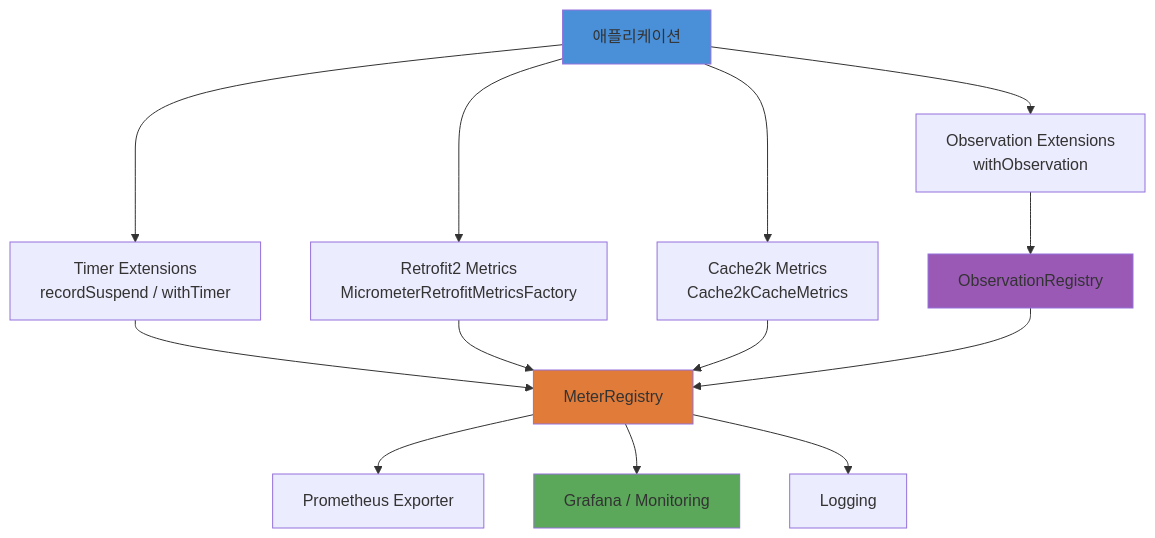
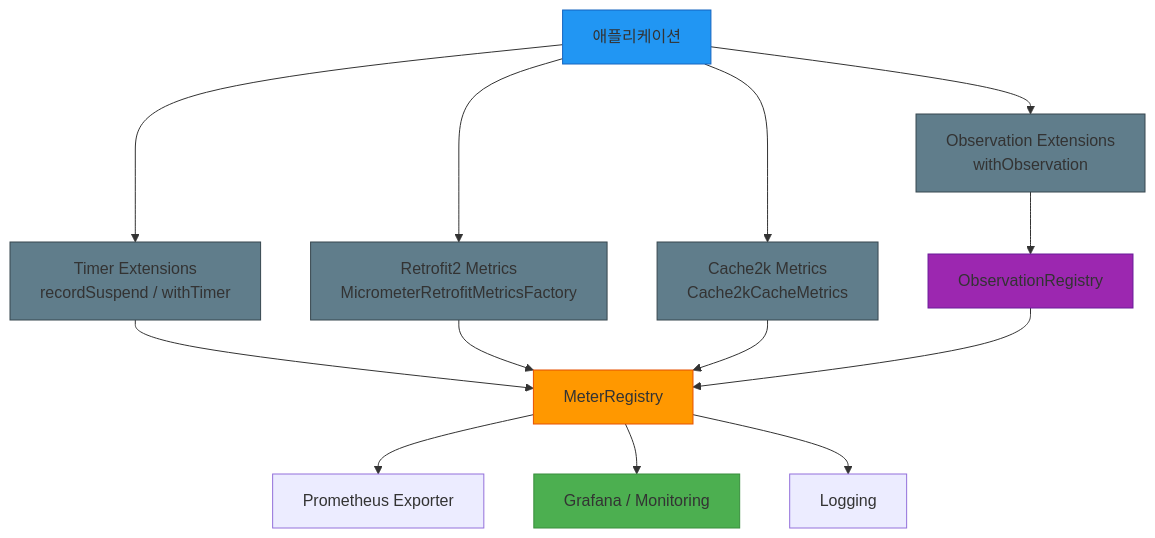
Before and after one commit to bluetape4k/bluetape4k-projects: the second of 4 diagrams in infra/micrometer/README.md, drawn with Mermaid. The commit also changed other lines of this file and 28 other files, not shown here.

First line of the commit message:
docs: 전체 모듈 README 색상 Mermaid UML 다이어그램 추가 완료

````diff
--- a/infra/micrometer/README.md
+++ b/infra/micrometer/README.md
@@ -234,23 +291,27 @@
 ```mermaid
 flowchart TD
     App[애플리케이션] --> TE[Timer Extensions<br/>recordSuspend / withTimer]
     App --> OE[Observation Extensions<br/>withObservation]
     App --> RM[Retrofit2 Metrics<br/>MicrometerRetrofitMetricsFactory]
     App --> CM[Cache2k Metrics<br/>Cache2kCacheMetrics]
 
     TE --> MR[MeterRegistry]
     OE --> OR[ObservationRegistry]
     RM --> MR
     CM --> MR
 
     OR --> MR
 
     MR --> Prometheus[Prometheus Exporter]
     MR --> Grafana[Grafana / Monitoring]
     MR --> Log[Logging]
 
-    style App fill:#4a90d9
-    style MR fill:#e07b39
-    style OR fill:#9b59b6
-    style Grafana fill:#5ba85a
+    style App fill:#2196F3,stroke:#1565C0
+    style MR fill:#FF9800,stroke:#E65100
+    style OR fill:#9C27B0,stroke:#6A1B9A
+    style Grafana fill:#4CAF50,stroke:#388E3C
+    style TE fill:#607D8B,stroke:#37474F
+    style OE fill:#607D8B,stroke:#37474F
+    style RM fill:#607D8B,stroke:#37474F
+    style CM fill:#607D8B,stroke:#37474F
 ```
````
